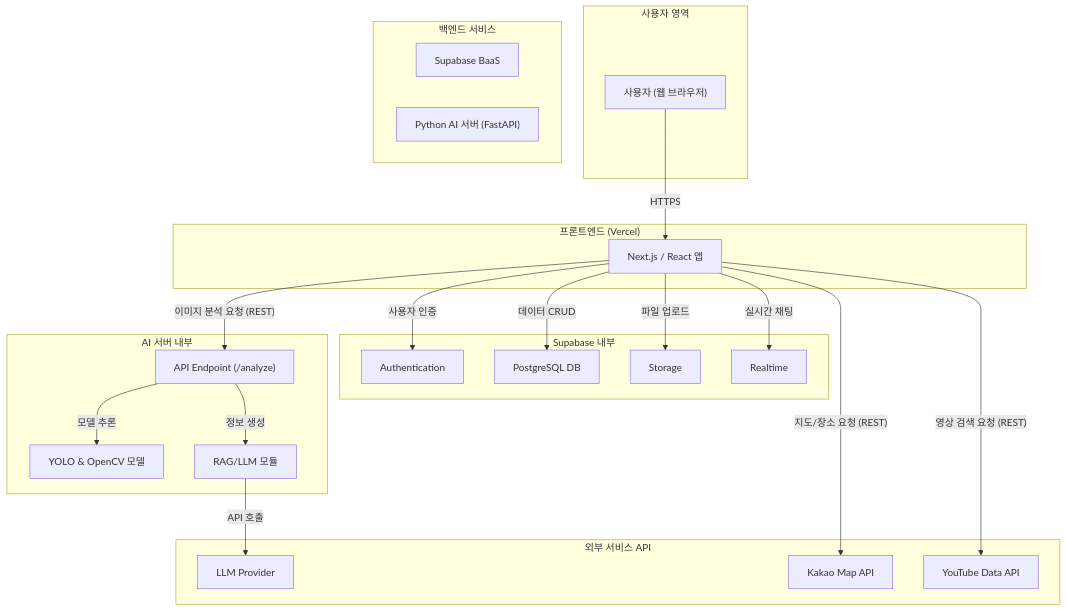
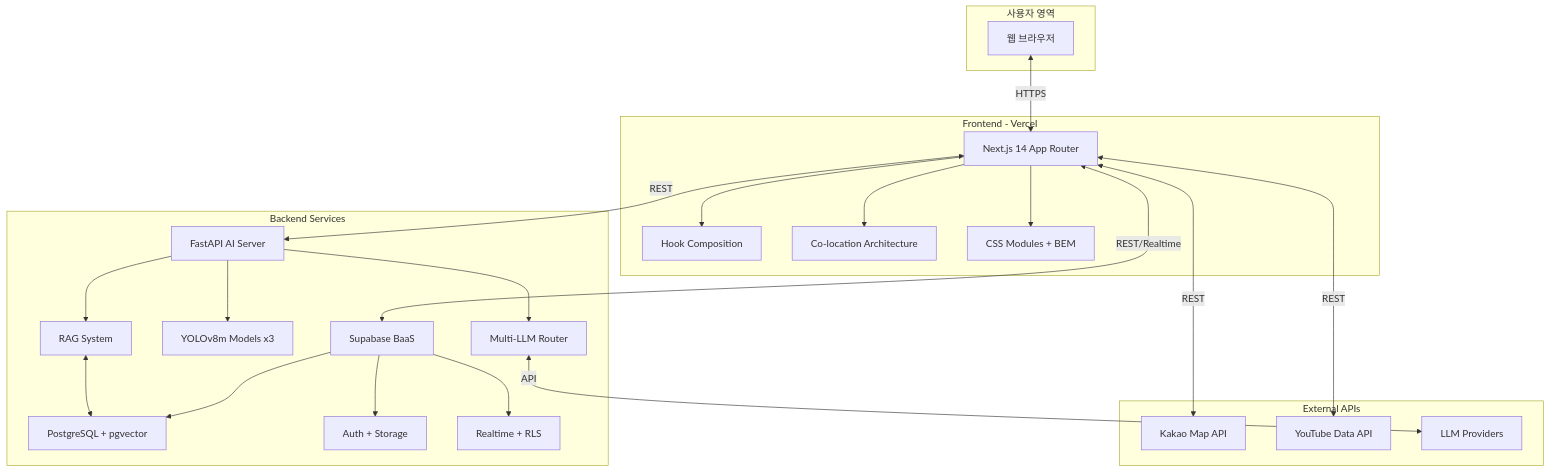
Before and after one commit to LYSS-LGU/wh07-3rd-Fetpal: the first of 2 diagrams in README.md, drawn with Mermaid. The commit also changed other lines of this file and 104 other files, not shown here.

````diff
--- a/README.md
+++ b/README.md
@@ -144,49 +200,51 @@
 ```mermaid
-graph TD
+graph TB
     subgraph "사용자 영역"
-        A["사용자 (웹 브라우저)"]
+        A[웹 브라우저]
     end
-
-    subgraph "프론트엔드 (Vercel)"
-        B["Next.js / React 앱"]
+    
+    subgraph "Frontend - Vercel"
+        B[Next.js 14 App Router]
+        B1[Hook Composition]
+        B2[Co-location Architecture]
+        B3[CSS Modules + BEM]
     end
-
-    subgraph "백엔드 서비스"
-        C["Supabase BaaS"]
-        D["Python AI 서버 (FastAPI)"]
+    
+    subgraph "Backend Services"
+        C[Supabase BaaS]
+        C1[PostgreSQL + pgvector]
+        C2[Auth + Storage]
+        C3[Realtime + RLS]
+        
+        D[FastAPI AI Server]
+        D1[YOLOv8m Models x3]
+        D2[RAG System]
+        D3[Multi-LLM Router]
     end
-
-    subgraph "Supabase 내부"
-        C1["Authentication"]
-        C2["PostgreSQL DB"]
-        C3["Storage"]
-        C4["Realtime"]
+    
+    subgraph "External APIs"
+        E[Kakao Map API]
+        F[YouTube Data API]
+        G[LLM Providers]
     end
-
-    subgraph "AI 서버 내부"
-        D1["API Endpoint (/analyze)"]
-        D2["YOLO & OpenCV 모델"]
-        D3["RAG/LLM 모듈"]
-    end
-
-    subgraph "외부 서비스 API"
-        E["LLM Provider"]
-        F["Kakao Map API"]
-        G["YouTube Data API"]
-    end
-
-    A -- HTTPS --> B
-
-    B -- "데이터 CRUD" --> C2
-    B -- "사용자 인증" --> C1
-    B -- "파일 업로드" --> C3
-    B -- "실시간 채팅" --> C4
-
-    B -- "이미지 분석 요청 (REST)" --> D1
-    B -- "지도/장소 요청 (REST)" --> F
-    B -- "영상 검색 요청 (REST)" --> G
-
-    D1 -- "모델 추론" --> D2
-    D1 -- "정보 생성" --> D3
-    D3 -- "API 호출" --> E
+    
+    A <-->|HTTPS| B
+    B --> B1
+    B --> B2
+    B --> B3
+    
+    B <-->|REST/Realtime| C
+    C --> C1
+    C --> C2
+    C --> C3
+    
+    B <-->|REST| D
+    D --> D1
+    D --> D2
+    D --> D3
+    
+    B <-->|REST| E
+    B <-->|REST| F
+    D3 <-->|API| G
+    D2 <--> C1
 ```
````
